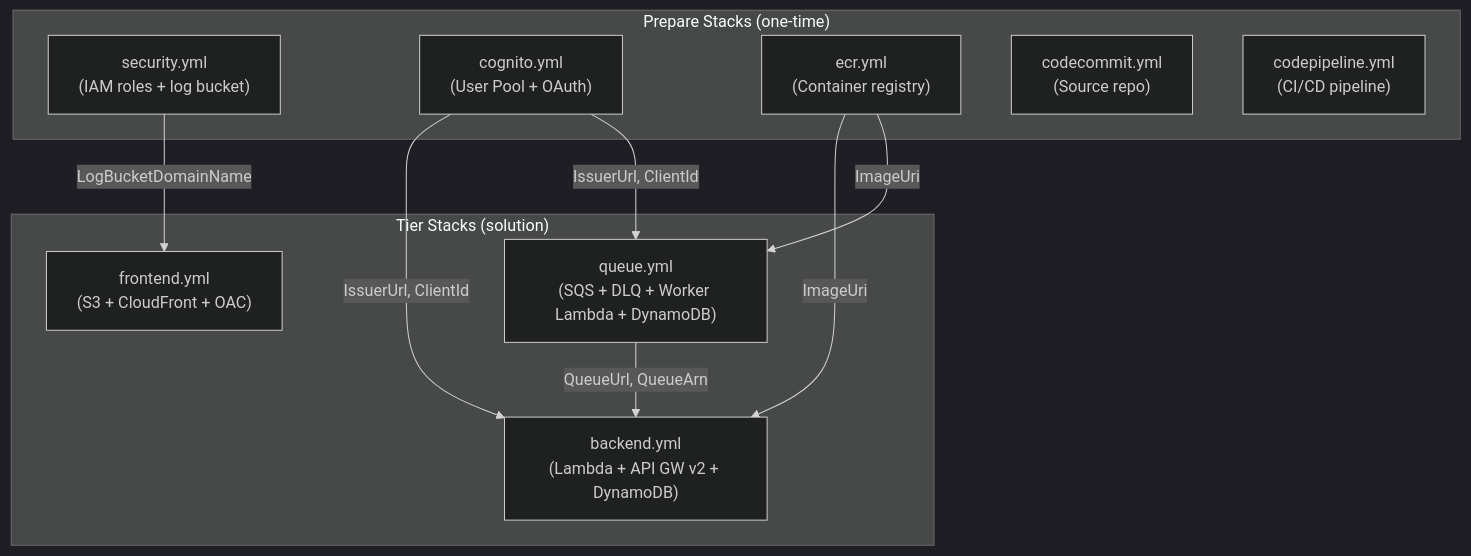
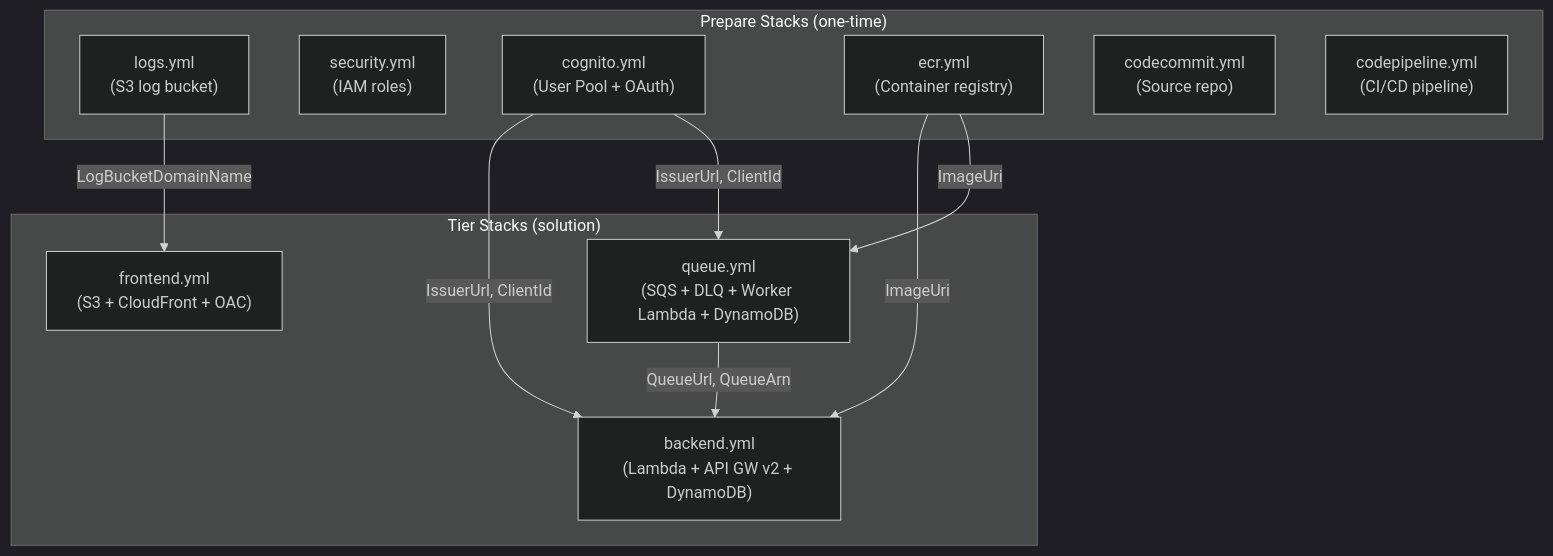
One commit to aws-samples/sample-innovation-patterns changed the diagram in docs/docs/developer-docs/infra/index.md. Above: the diagram before and after it, drawn with Mermaid (dark theme). The commit also changed other lines of this file and 26 other files, not shown here.

````diff
--- a/docs/docs/developer-docs/infra/index.md
+++ b/docs/docs/developer-docs/infra/index.md
@@ -12,21 +12,22 @@
 ```mermaid
 graph TD
     subgraph "Prepare Stacks (one-time)"
-        Security["security.yml<br/>(IAM roles + log bucket)"]
+        Logs["logs.yml<br/>(S3 log bucket)"]
+        Security["security.yml<br/>(IAM roles)"]
         Cognito["cognito.yml<br/>(User Pool + OAuth)"]
         ECR["ecr.yml<br/>(Container registry)"]
         CC["codecommit.yml<br/>(Source repo)"]
         CP["codepipeline.yml<br/>(CI/CD pipeline)"]
     end
     subgraph "Tier Stacks (solution)"
         Queue["queue.yml<br/>(SQS + DLQ + Worker Lambda + DynamoDB)"]
         Backend["backend.yml<br/>(Lambda + API GW v2 + DynamoDB)"]
         Frontend["frontend.yml<br/>(S3 + CloudFront + OAC)"]
     end
-    Security -->|LogBucketDomainName| Frontend
+    Logs -->|LogBucketDomainName| Frontend
     ECR -->|ImageUri| Backend
     ECR -->|ImageUri| Queue
     Cognito -->|IssuerUrl, ClientId| Backend
     Cognito -->|IssuerUrl, ClientId| Queue
     Queue -->|QueueUrl, QueueArn| Backend
 ```
````
